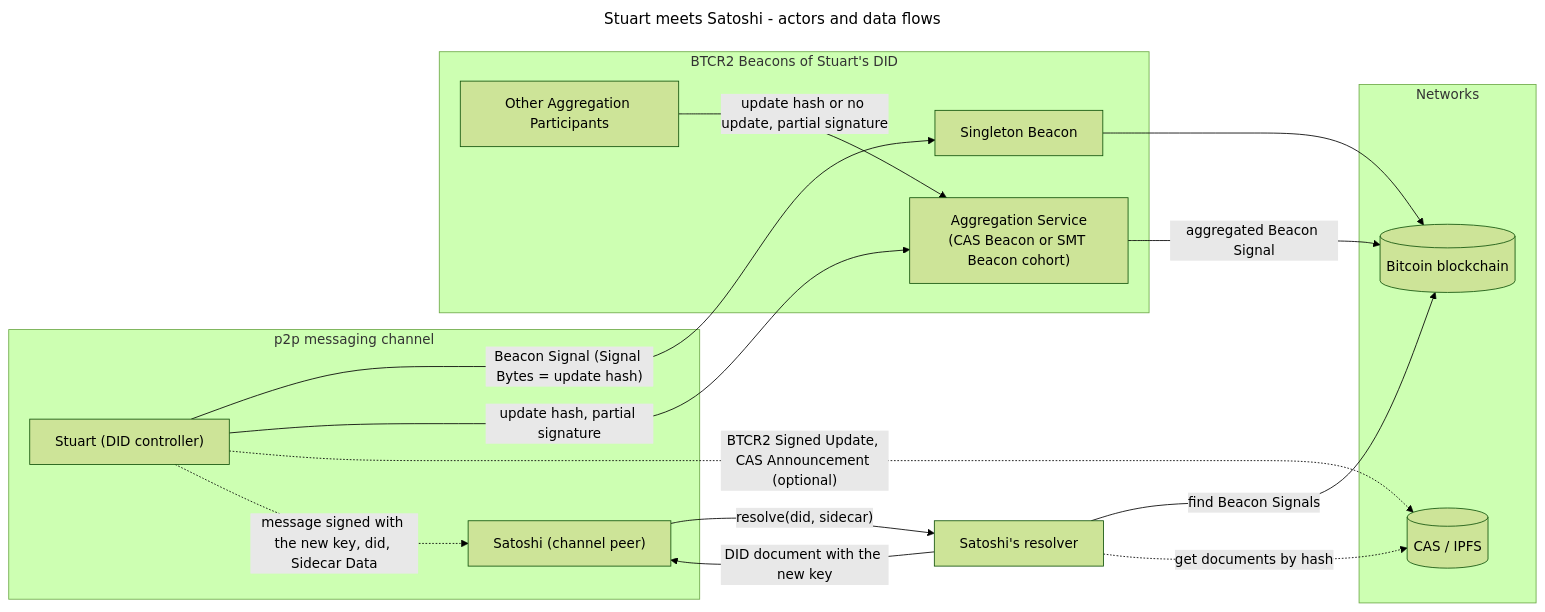
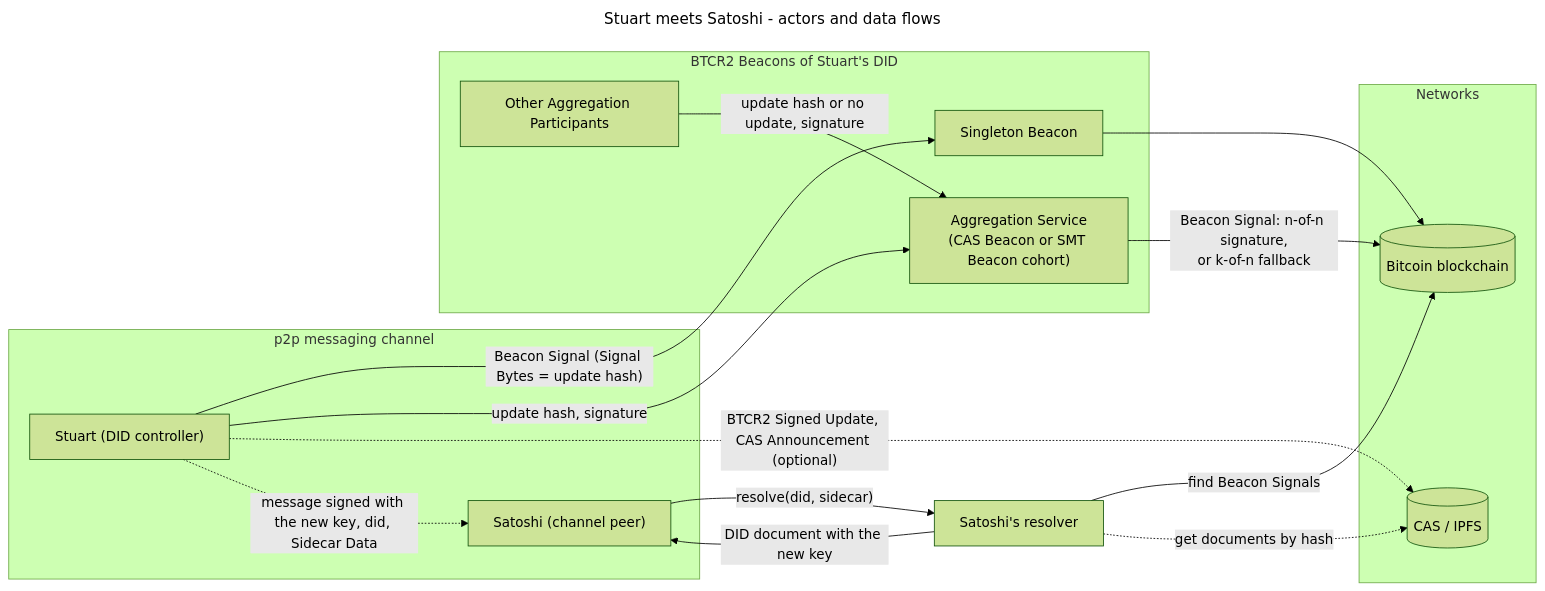
One commit to dcdpr/website-btcr2-dev changed the diagram in public/diagrams/stuart-meets-satoshi/overview.mmd. Above: the diagram before and after it, drawn with Mermaid (forest theme). The commit also changed 9 other files, not shown here.

First line of the commit message:
docs(diagrams): show a k-of-n fallback next to n-of-n signatures

```diff
--- a/public/diagrams/stuart-meets-satoshi/overview.mmd
+++ b/public/diagrams/stuart-meets-satoshi/overview.mmd
@@ -1,43 +1,43 @@
 ---
 title: Stuart meets Satoshi - actors and data flows
 ---
 
 %% Use case: Stuart and Satoshi are peers in a p2p, Signal-like messaging channel.
 %% Each peer is identified by a did:btcr2 DID. Stuart rotates a key. Satoshi verifies the new key.
 %% Solid arrows: calls and on-chain data. Dashed arrows: off-chain data.
 
 flowchart LR
     subgraph Channel["p2p messaging channel"]
       Stuart["Stuart (DID controller)"]
       Satoshi["Satoshi (channel peer)"]
     end
 
     subgraph Beacons["BTCR2 Beacons of Stuart's DID"]
       Singleton["Singleton Beacon"]
       AS["Aggregation Service<br/>(CAS Beacon or SMT Beacon cohort)"]
       Others["Other Aggregation Participants"]
     end
 
     subgraph Networks
       BTC[("Bitcoin blockchain")]
       CAS[("CAS / IPFS")]
     end
 
     Resolver["Satoshi's resolver"]
 
     %% Announce the key rotation
     Stuart -- "Beacon Signal (Signal Bytes = update hash)" --> Singleton
     Singleton --> BTC
-    Stuart -- "update hash, partial signature" --> AS
-    Others -- "update hash or no update, partial signature" --> AS
-    AS -- "aggregated Beacon Signal" --> BTC
+    Stuart -- "update hash, signature" --> AS
+    Others -- "update hash or no update, signature" --> AS
+    AS -- "Beacon Signal: n-of-n signature,<br/>or k-of-n fallback" --> BTC
 
     %% Off-chain update data distribution
     Stuart -. "BTCR2 Signed Update, CAS Announcement (optional)" .-> CAS
     Stuart -. "message signed with the new key, did, Sidecar Data" .-> Satoshi
 
     %% Resolution and verification
     Satoshi -- "resolve(did, sidecar)" --> Resolver
     Resolver -- "find Beacon Signals" --> BTC
     Resolver -. "get documents by hash" .-> CAS
     Resolver -- "DID document with the new key" --> Satoshi
```
